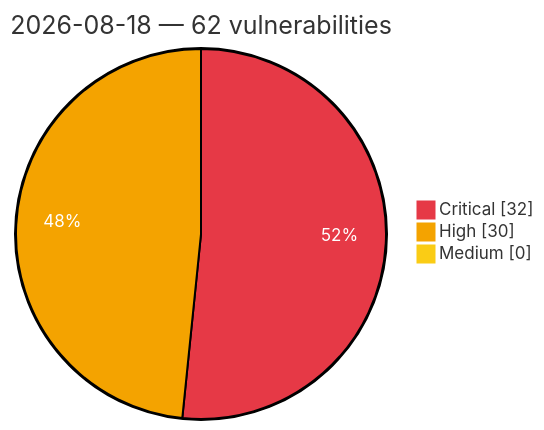
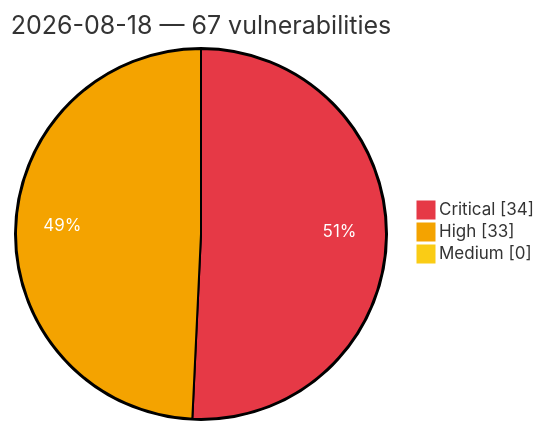
The diagram in vulnerabilities/2026/August/2026-08-18.md (GhostX0X/vuln-tracker), drawn with Mermaid before and after one commit. The commit also changed other lines of this file and 5 other files, not shown here.

Commit message:
Auto update: critical/high vulns (2026-08-18 16:39 UTC)

````diff
--- a/vulnerabilities/2026/August/2026-08-18.md
+++ b/vulnerabilities/2026/August/2026-08-18.md
@@ -3,8 +3,8 @@
 ```mermaid
 %%{init: {'theme':'base', 'themeVariables': {'pie1':'#e63946', 'pie2':'#f4a300', 'pie3':'#facc15', 'pieOpacity':'1', 'pieOuterStrokeWidth':'2px', 'pieSectionTextColor':'#ffffff'}}}%%
 pie showData
-    title 2026-08-18 — 62 vulnerabilities
-    "Critical" : 32
-    "High" : 30
+    title 2026-08-18 — 67 vulnerabilities
+    "Critical" : 34
+    "High" : 33
     "Medium" : 0
 ```
````
